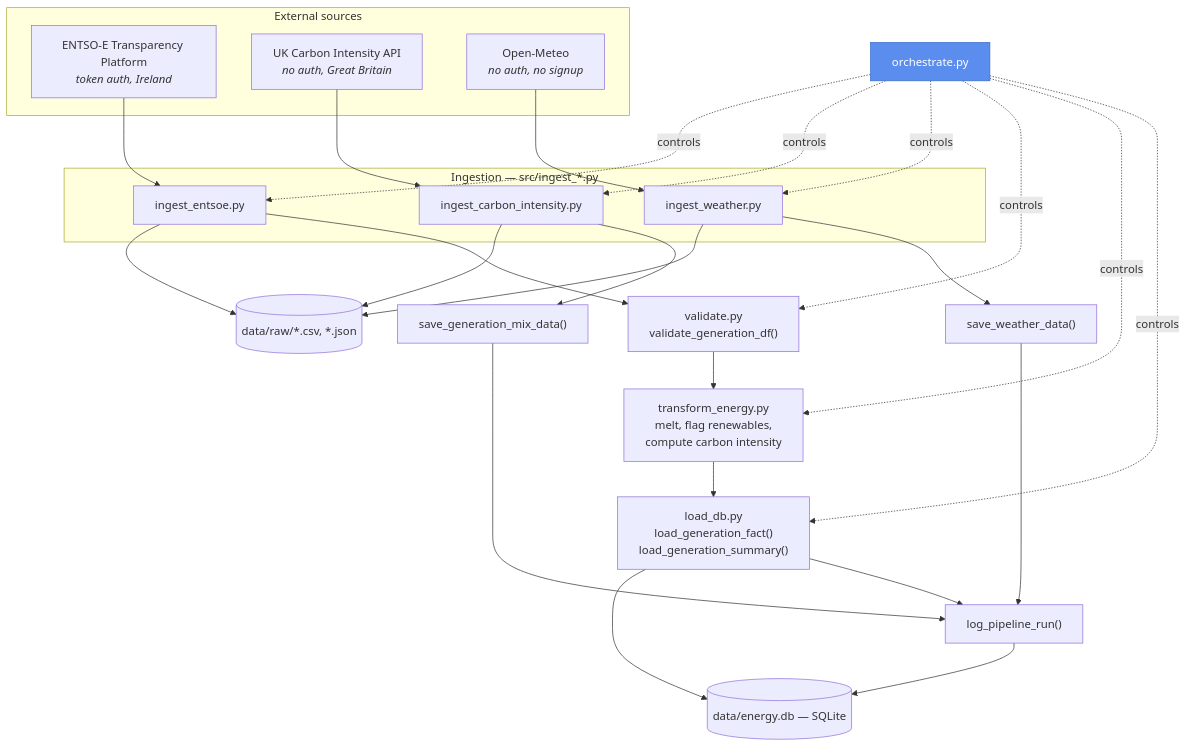
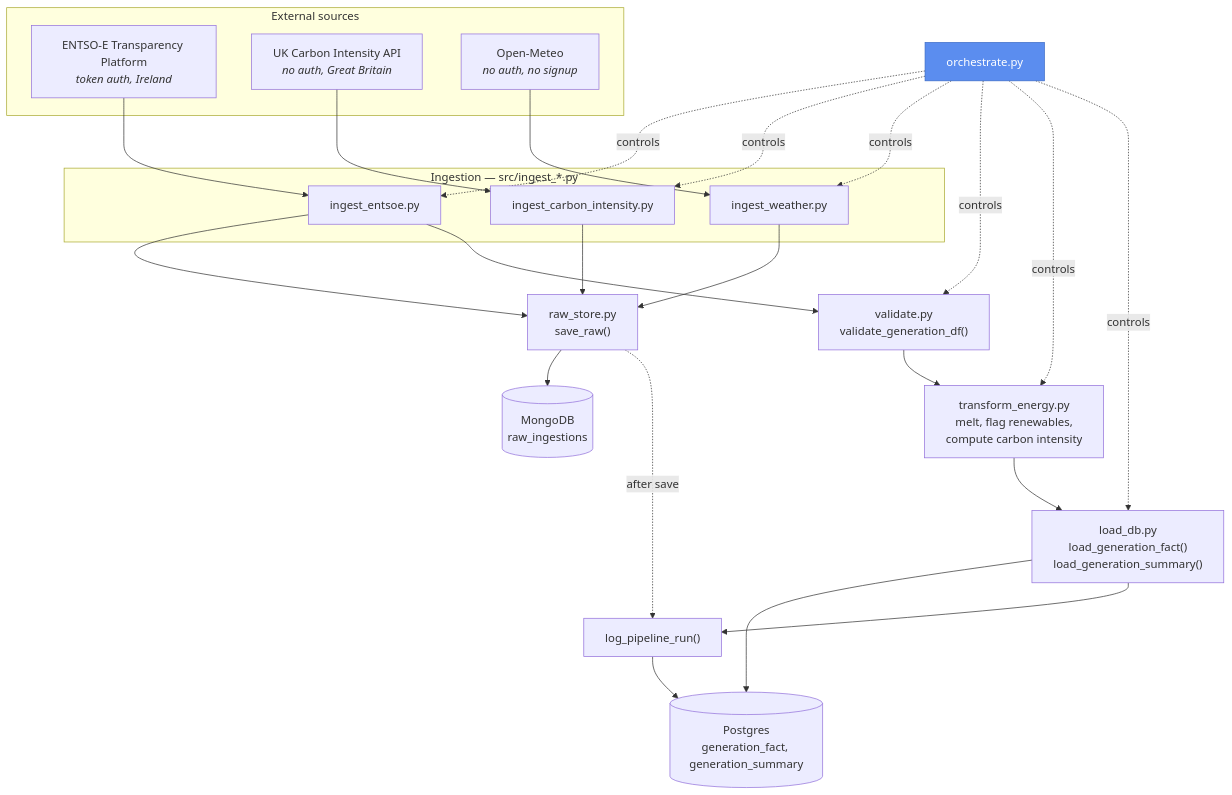
One commit to squirke1/energy-data-pipeline changed the second of 7 diagrams in docs/DIAGRAMS.md. Above: the diagram before and after it, drawn with Mermaid. The commit also changed other lines of this file and 19 other files, not shown here.

````diff
--- a/docs/DIAGRAMS.md
+++ b/docs/DIAGRAMS.md
@@ -34,44 +36,41 @@
 ```mermaid
 flowchart TD
     subgraph ext["External sources"]
         ENTSOE["ENTSO-E Transparency Platform<br/><i>token auth, Ireland</i>"]
         CARBON["UK Carbon Intensity API<br/><i>no auth, Great Britain</i>"]
         METEO["Open-Meteo<br/><i>no auth, no signup</i>"]
     end
 
     subgraph ingest["Ingestion — src/ingest_*.py"]
         I_ENTSOE["ingest_entsoe.py"]
         I_CARBON["ingest_carbon_intensity.py"]
         I_WEATHER["ingest_weather.py"]
     end
 
     ENTSOE --> I_ENTSOE
     CARBON --> I_CARBON
     METEO --> I_WEATHER
 
-    I_ENTSOE --> RAW[("data/raw/*.csv, *.json")]
-    I_CARBON --> RAW
-    I_WEATHER --> RAW
+    I_ENTSOE --> RAWSTORE["raw_store.py<br/>save_raw()"]
+    I_CARBON --> RAWSTORE
+    I_WEATHER --> RAWSTORE
+    RAWSTORE --> MONGO[("MongoDB<br/>raw_ingestions")]
 
     I_ENTSOE --> VALIDATE["validate.py<br/>validate_generation_df()"]
     VALIDATE --> TRANSFORM["transform_energy.py<br/>melt, flag renewables,<br/>compute carbon intensity"]
     TRANSFORM --> LOAD["load_db.py<br/>load_generation_fact()<br/>load_generation_summary()"]
 
-    I_CARBON --> SAVE_C["save_generation_mix_data()"]
-    I_WEATHER --> SAVE_W["save_weather_data()"]
-
-    LOAD --> DB[("data/energy.db — SQLite")]
-    SAVE_C --> RUNLOG["log_pipeline_run()"]
-    SAVE_W --> RUNLOG
-    LOAD --> RUNLOG
-    RUNLOG --> DB
+    LOAD --> PG[("Postgres<br/>generation_fact, generation_summary")]
+    LOAD --> RUNLOG["log_pipeline_run()"]
+    RAWSTORE -.after save.-> RUNLOG
+    RUNLOG --> PG
 
     ORCH["orchestrate.py"]:::orch -.controls.-> I_ENTSOE
     ORCH -.controls.-> I_CARBON
     ORCH -.controls.-> I_WEATHER
     ORCH -.controls.-> VALIDATE
     ORCH -.controls.-> TRANSFORM
     ORCH -.controls.-> LOAD
 
     classDef orch fill:#5b8def,color:#fff,stroke:#3a6bc7
 ```
````
